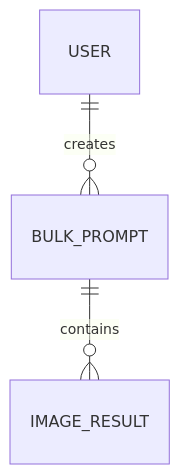
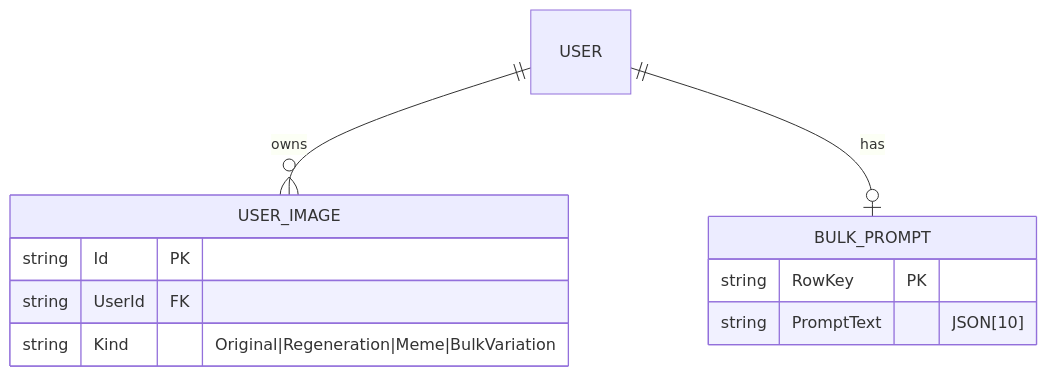
The diagram in docs/DataModel_SIMPLE.mmd (punkouter26/PoRedoImage), drawn with Mermaid before and after one commit. The commit also changed 100 other files, not shown here.

Commit message:
feat: user images gallery, meme/regen results panels, Studio page; fix index-out-of-range in OpenAI service, gallery HTML/JSON guard, BulkGenerate empty prompt guard; update gitignore for screenshots/test-output/lscache

```diff
--- a/docs/DataModel_SIMPLE.mmd
+++ b/docs/DataModel_SIMPLE.mmd
@@ -1,3 +1,12 @@
 erDiagram
-    USER ||--o{ BULK_PROMPT : "creates"
-    BULK_PROMPT ||--o{ IMAGE_RESULT : "contains"
+    USER ||--o{ USER_IMAGE : "owns"
+    USER ||--o| BULK_PROMPT : "has"
+    USER_IMAGE {
+        string Id PK
+        string UserId FK
+        string Kind "Original|Regeneration|Meme|BulkVariation"
+    }
+    BULK_PROMPT {
+        string RowKey PK
+        string PromptText "JSON[10]"
+    }
```
